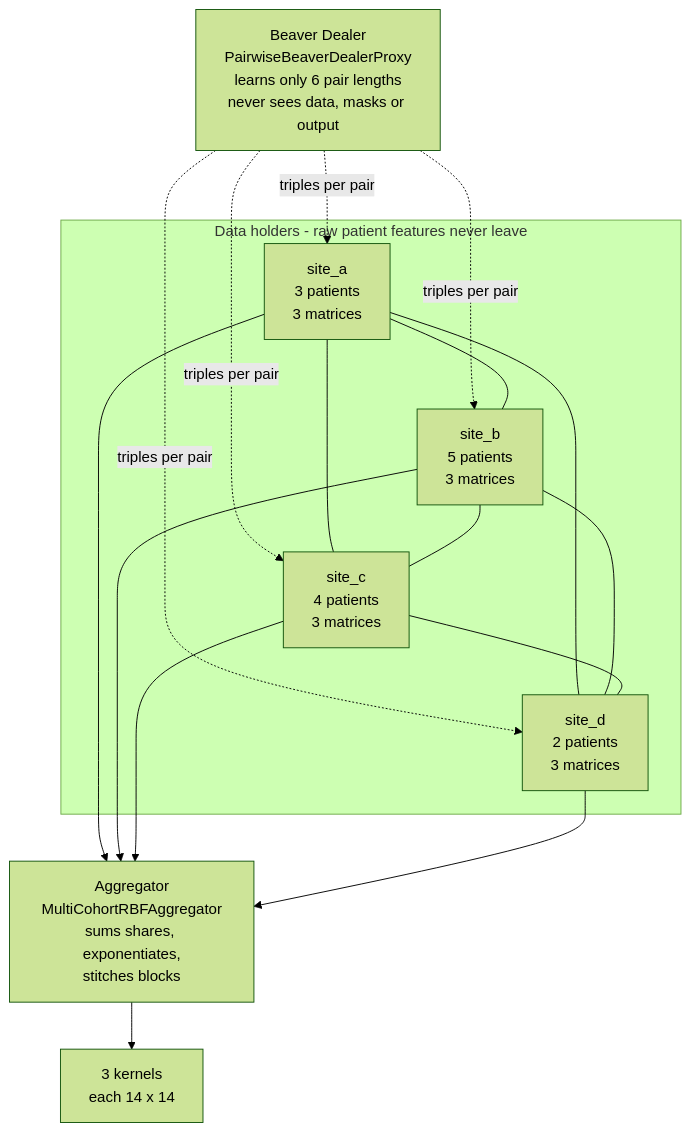
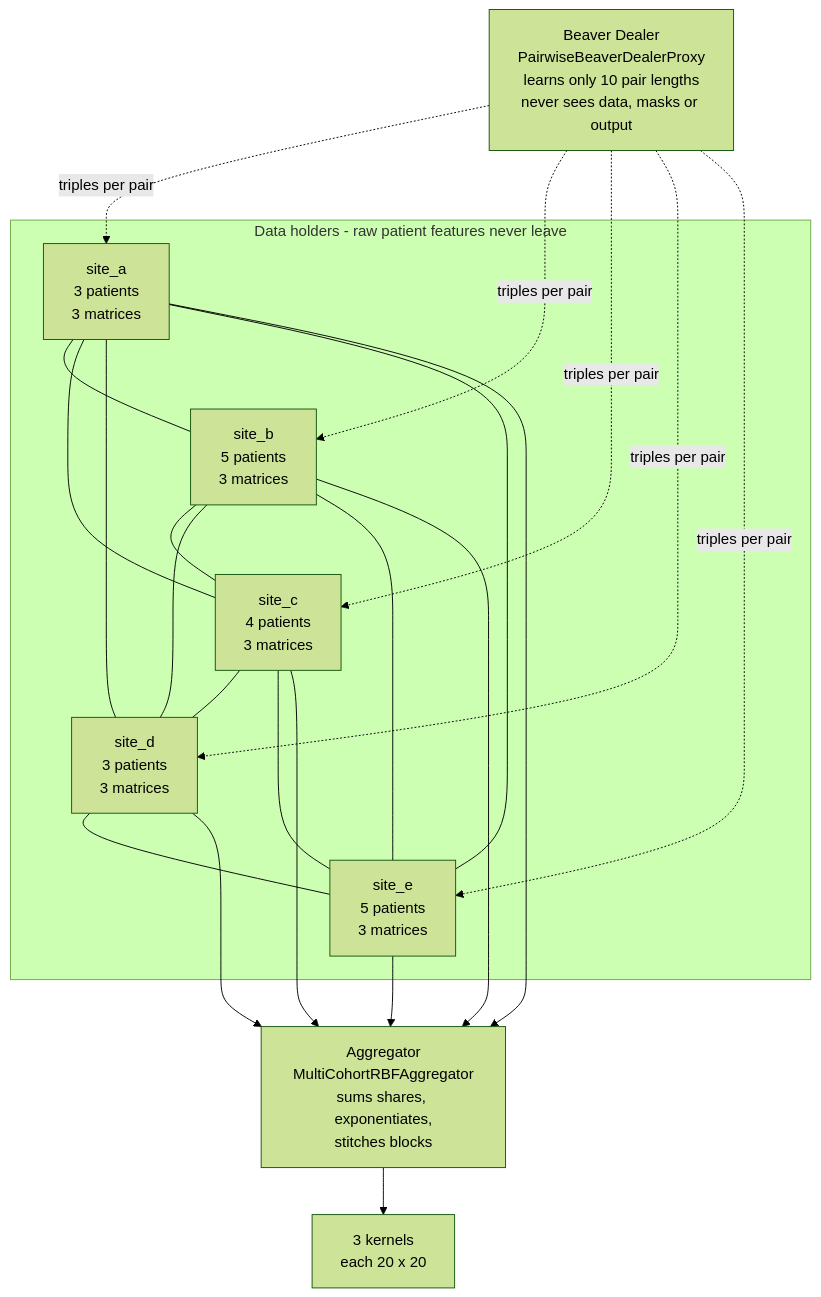
One commit to PrivateAIM/secure-dot-product changed the first of 7 diagrams in secureDotProduct/MULTICOHORT_RBF_FLOW.md. Above: the diagram before and after it, drawn with Mermaid (forest theme). The commit also changed other lines of this file and 1 other file, not shown here.

````diff
--- a/secureDotProduct/MULTICOHORT_RBF_FLOW.md
+++ b/secureDotProduct/MULTICOHORT_RBF_FLOW.md
@@ -19,31 +22,38 @@
 ```mermaid
 flowchart TB
     subgraph COHORTS[Data holders - raw patient features never leave]
         A[site_a<br/>3 patients<br/>3 matrices]
         B[site_b<br/>5 patients<br/>3 matrices]
         C[site_c<br/>4 patients<br/>3 matrices]
-        D[site_d<br/>2 patients<br/>3 matrices]
+        D[site_d<br/>3 patients<br/>3 matrices]
+        E[site_e<br/>5 patients<br/>3 matrices]
     end
 
-    P[Beaver Dealer<br/>PairwiseBeaverDealerProxy<br/>learns only 6 pair lengths<br/>never sees data, masks or output]
+    P[Beaver Dealer<br/>PairwiseBeaverDealerProxy<br/>learns only 10 pair lengths<br/>never sees data, masks or output]
     G[Aggregator<br/>MultiCohortRBFAggregator<br/>sums shares, exponentiates,<br/>stitches blocks]
 
     P -.triples per pair.-> A
     P -.triples per pair.-> B
     P -.triples per pair.-> C
     P -.triples per pair.-> D
+    P -.triples per pair.-> E
 
     A --- B
     A --- C
     A --- D
+    A --- E
     B --- C
     B --- D
+    B --- E
     C --- D
+    C --- E
+    D --- E
 
     A --> G
     B --> G
     C --> G
     D --> G
+    E --> G
 
-    G --> OUT[3 kernels<br/>each 14 x 14]
+    G --> OUT[3 kernels<br/>each 20 x 20]
 ```
````
